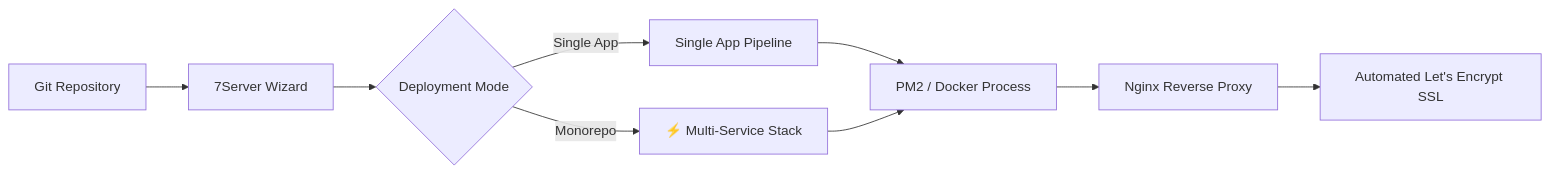
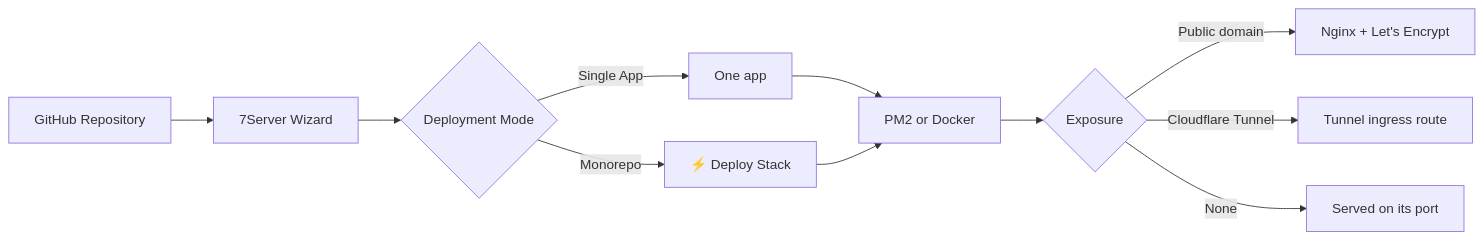
Before and after one commit to nannndev/7server: the diagram in docs/workloads/webapps.md, drawn with Mermaid. The commit also changed other lines of this file and 165 other files, not shown here.

````diff
--- a/docs/workloads/webapps.md
+++ b/docs/workloads/webapps.md
@@ -13,11 +14,13 @@
 ```mermaid
 flowchart LR
-    A[Git Repository] --> B[7Server Wizard]
+    A[GitHub Repository] --> B[7Server Wizard]
     B --> C{Deployment Mode}
-    C -->|Single App| D[Single App Pipeline]
-    C -->|Monorepo| E[⚡ Multi-Service Stack]
-    D --> F[PM2 / Docker Process]
+    C -->|Single App| D[One app]
+    C -->|Monorepo| E[⚡ Deploy Stack]
+    D --> F[PM2 or Docker]
     E --> F
-    F --> G[Nginx Reverse Proxy]
-    G --> H[Automated Let's Encrypt SSL]
+    F --> G{Exposure}
+    G -->|Public domain| H[Nginx + Let's Encrypt]
+    G -->|Cloudflare Tunnel| I[Tunnel ingress route]
+    G -->|None| J[Served on its port]
 ```
````
